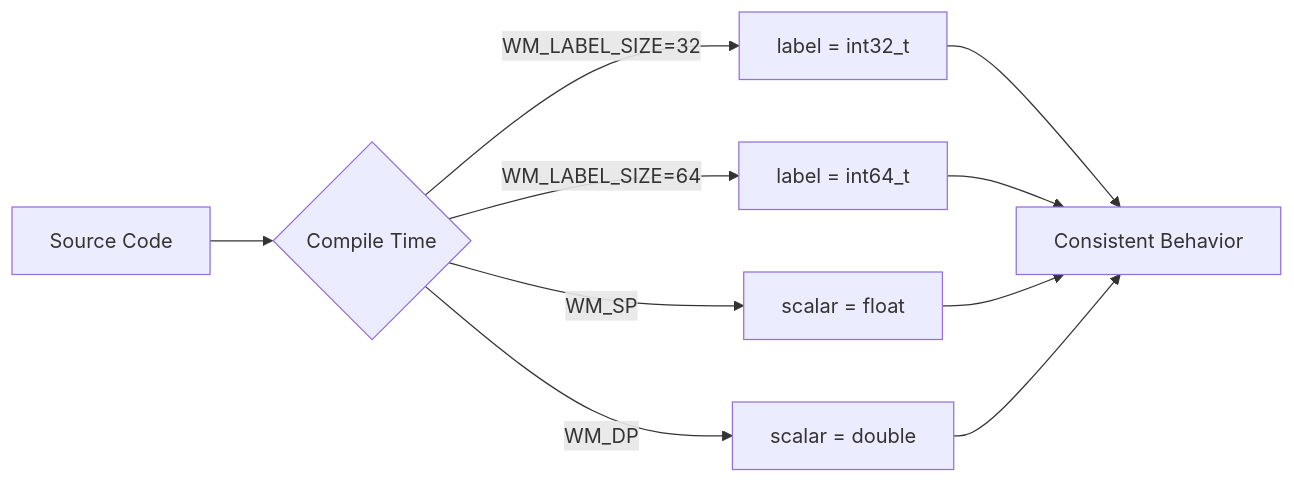
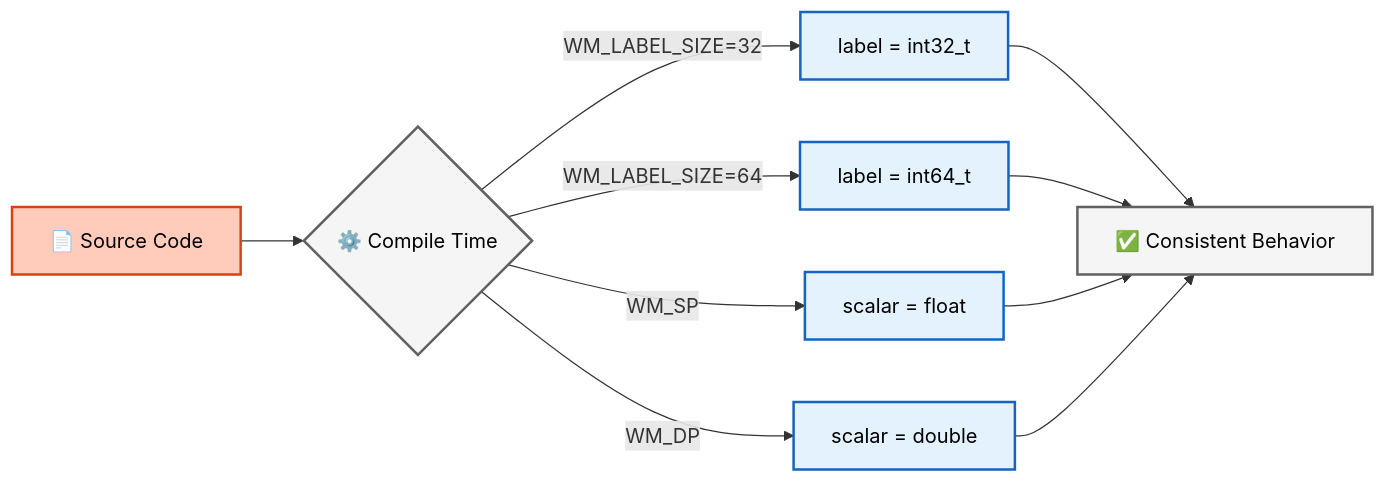
Before and after one commit to wramet/build-my-cfd: the first of 3 diagrams in MODULE_05_OPENFOAM_PROGRAMMING/CONTENT/01_FOUNDATION_PRIMITIVES/07_Exercises.md, drawn with Mermaid. The commit also changed other lines of this file and 313 other files, not shown here.

Commit message:
Revise all diagram

````diff
--- a/MODULE_05_OPENFOAM_PROGRAMMING/CONTENT/01_FOUNDATION_PRIMITIVES/07_Exercises.md
+++ b/MODULE_05_OPENFOAM_PROGRAMMING/CONTENT/01_FOUNDATION_PRIMITIVES/07_Exercises.md
@@ -27,13 +27,16 @@
 ```mermaid
 flowchart LR
-    A[Source Code] --> B{Compile Time}
-    B -->|WM_LABEL_SIZE=32| C[label = int32_t]
-    B -->|WM_LABEL_SIZE=64| D[label = int64_t]
-    B -->|WM_SP| E[scalar = float]
-    B -->|WM_DP| F[scalar = double]
+%% Classes
+classDef explicit fill:#ffccbc,stroke:#d84315,stroke-width:2px,color:#000
+classDef implicit fill:#e3f2fd,stroke:#1565c0,stroke-width:2px,color:#000
+classDef context fill:#f5f5f5,stroke:#616161,stroke-width:2px,color:#000
 
-    C --> G[Consistent Behavior]
-    D --> G
-    E --> G
-    F --> G
+A["📄 Source Code"]:::explicit --> B{"⚙️ Compile Time"}:::context
+
+B -->|"WM_LABEL_SIZE=32"| C["label = int32_t"]:::implicit
+B -->|"WM_LABEL_SIZE=64"| D["label = int64_t"]:::implicit
+B -->|"WM_SP"| E["scalar = float"]:::implicit
+B -->|"WM_DP"| F["scalar = double"]:::implicit
+
+C & D & E & F --> G["✅ Consistent Behavior"]:::context
 ```
````
